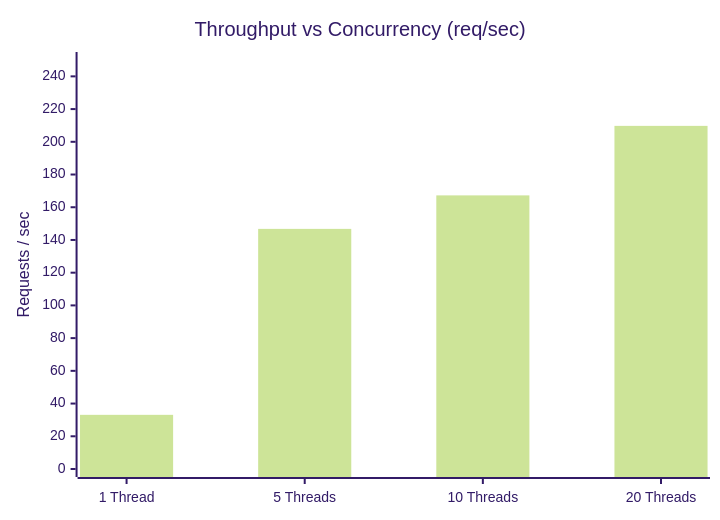
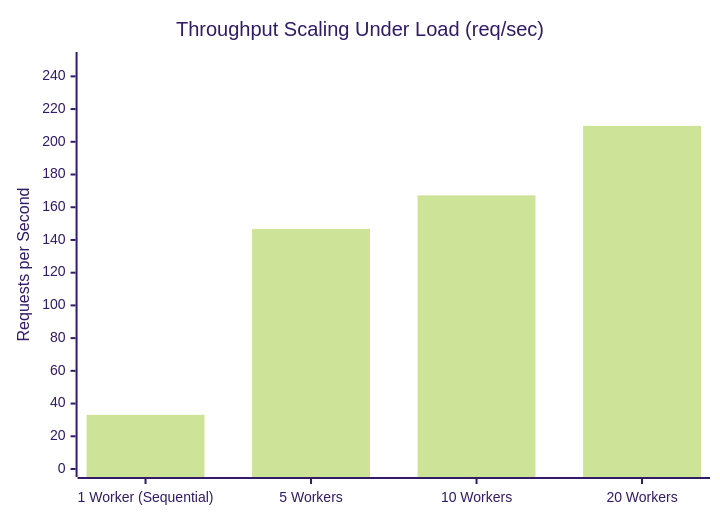
Before and after one commit to PrithviRajVerma/DevTrack: the third of 3 diagrams in README.md, drawn with Mermaid (forest theme). The commit also changed other lines of this file, not shown here.

````diff
--- a/README.md
+++ b/README.md
@@ -302,7 +219,7 @@
 ```mermaid
 xychart-beta
-    title "Throughput vs Concurrency (req/sec)"
-    x-axis ["1 Thread", "5 Threads", "10 Threads", "20 Threads"]
-    y-axis "Requests / sec" 0 --> 250
+    title "Throughput Scaling Under Load (req/sec)"
+    x-axis ["1 Worker (Sequential)", "5 Workers", "10 Workers", "20 Workers"]
+    y-axis "Requests per Second" 0 --> 250
     bar [33.11, 146.77, 167.25, 209.74]
 ```
````
